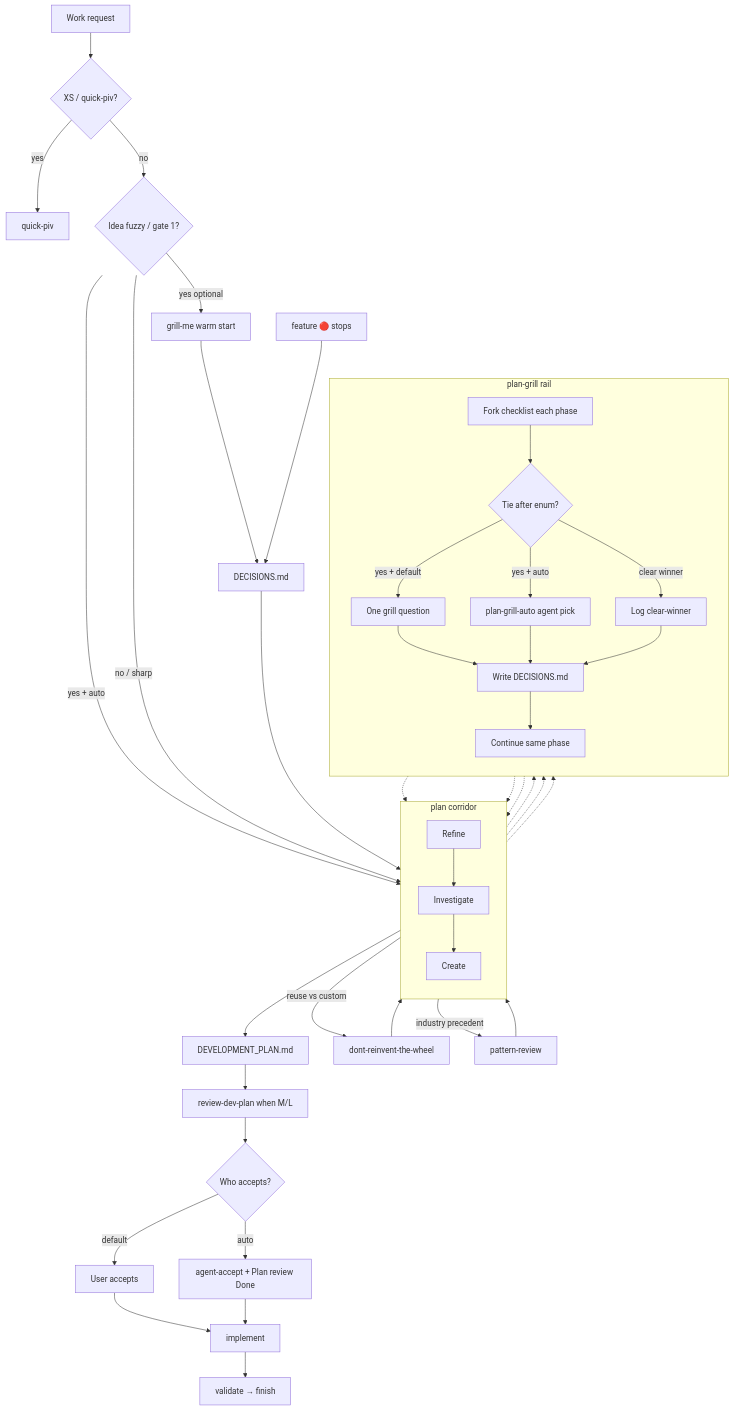
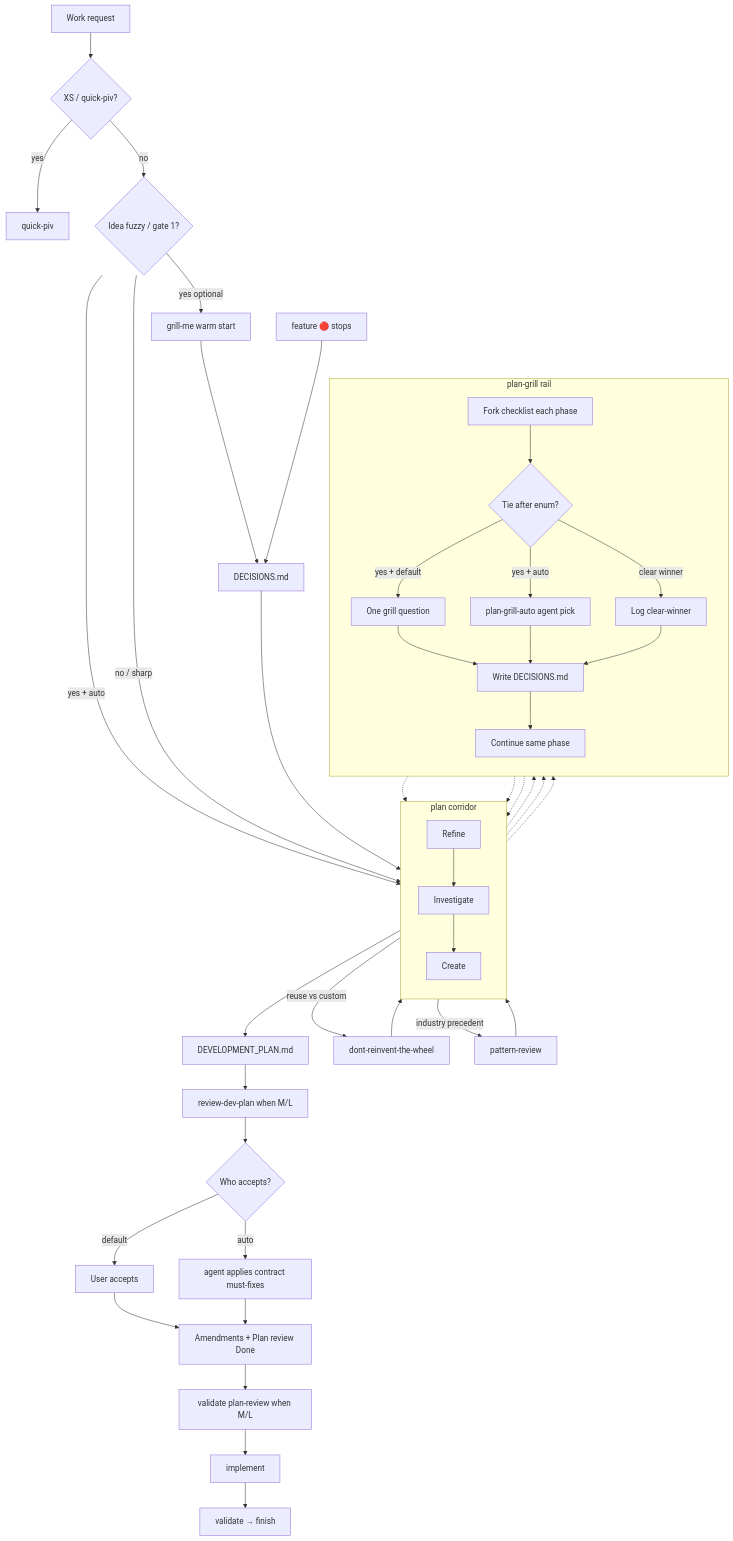
Before and after one commit to TMI-apps/plate-harness: the diagram in .agents/skills/router/references/skill-relationship-flow.md, drawn with Mermaid. The commit also changed other lines of this file and 8 other files, not shown here.

First line of the commit message:
chore: align plan review with Review contract bar

````diff
--- a/.agents/skills/router/references/skill-relationship-flow.md
+++ b/.agents/skills/router/references/skill-relationship-flow.md
@@ -16,54 +16,56 @@
 ```mermaid
 flowchart TD
   req[Work request] --> xs{XS / quick-piv?}
   xs -->|yes| qp[quick-piv]
   xs -->|no| warm{Idea fuzzy / gate 1?}
   warm -->|yes optional| grill[grill-me warm start]
   warm -->|yes + auto| corridor
   warm -->|no / sharp| corridor
   grill --> ledger[DECISIONS.md]
   ledger --> corridor
 
   subgraph corridor [plan corridor]
     direction TB
     refine[Refine]
     inv[Investigate]
     create[Create]
     refine --> inv --> create
   end
 
   subgraph rail [plan-grill rail]
     direction TB
     check[Fork checklist each phase]
     check --> ask{Tie after enum?}
     ask -->|yes + default| q[One grill question]
     ask -->|yes + auto| pick[plan-grill-auto agent pick]
     ask -->|clear winner| log[Log clear-winner]
     q --> write[Write DECISIONS.md]
     pick --> write
     log --> write
     write --> same[Continue same phase]
   end
 
   refine -.-> check
   inv -.-> check
   create -.-> check
   same -.-> refine
   same -.-> inv
   same -.-> create
 
   create --> planfile[DEVELOPMENT_PLAN.md]
   planfile --> rdp[review-dev-plan when M/L]
   rdp --> who{Who accepts?}
   who -->|default| userOk[User accepts]
-  who -->|auto| agentOk[agent-accept + Plan review Done]
-  userOk --> impl[implement]
-  agentOk --> impl
+  who -->|auto| agentOk[agent applies contract must-fixes]
+  userOk --> amend[Amendments + Plan review Done]
+  agentOk --> amend
+  amend --> pv[validate plan-review when M/L]
+  pv --> impl[implement]
   impl --> ship[validate → finish]
 
   corridor -->|reuse vs custom| wheel[dont-reinvent-the-wheel]
   wheel --> corridor
   corridor -->|industry precedent| pr[pattern-review]
   pr --> corridor
   feature[feature 🔴 stops] --> ledger
 ```
````
